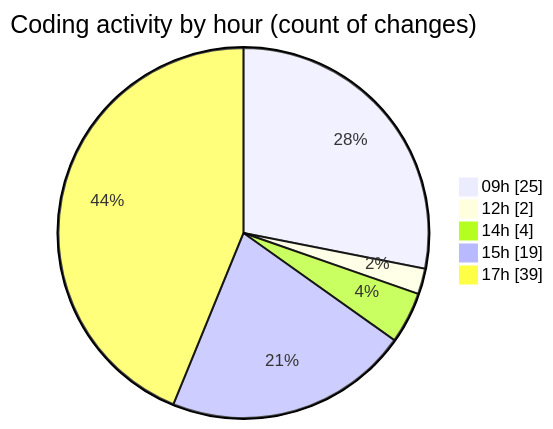
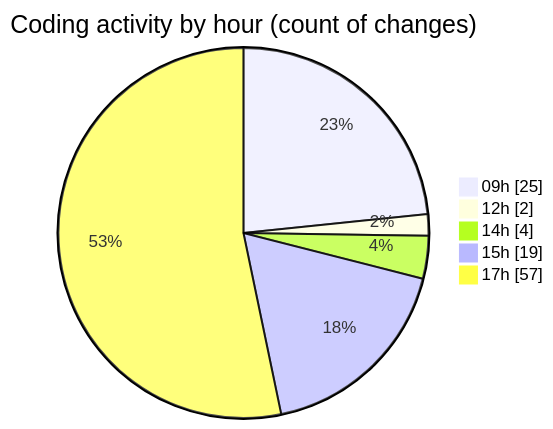
One commit to julien-gomy/code-tracking changed the second of 2 diagrams in 2025-11-12/eventscop-frontend-guide__workspace_/README.md. Above: the diagram before and after it, drawn with Mermaid. The commit also changed other lines of this file and 1 other file, not shown here.

````diff
--- a/2025-11-12/eventscop-frontend-guide__workspace_/README.md
+++ b/2025-11-12/eventscop-frontend-guide__workspace_/README.md
@@ -54,9 +55,9 @@
 ```mermaid
 pie showData
 title Coding activity by hour (count of changes)
 "09h" : 25
 "12h" : 2
 "14h" : 4
 "15h" : 19
-"17h" : 39
+"17h" : 57
 ```
````
